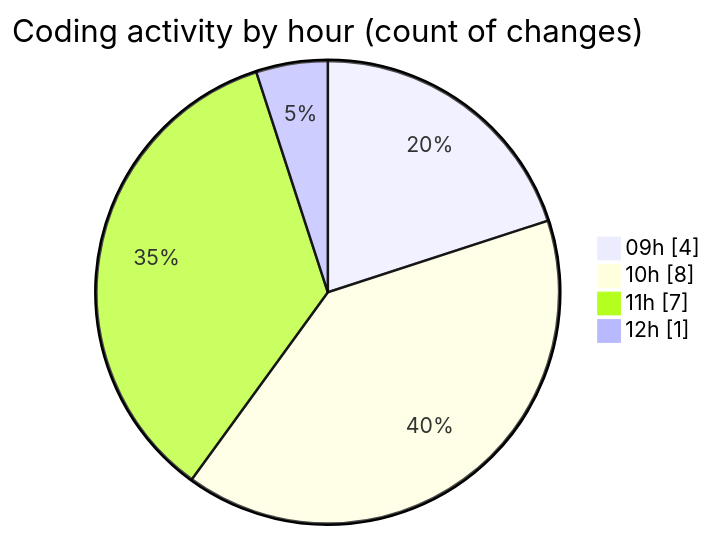
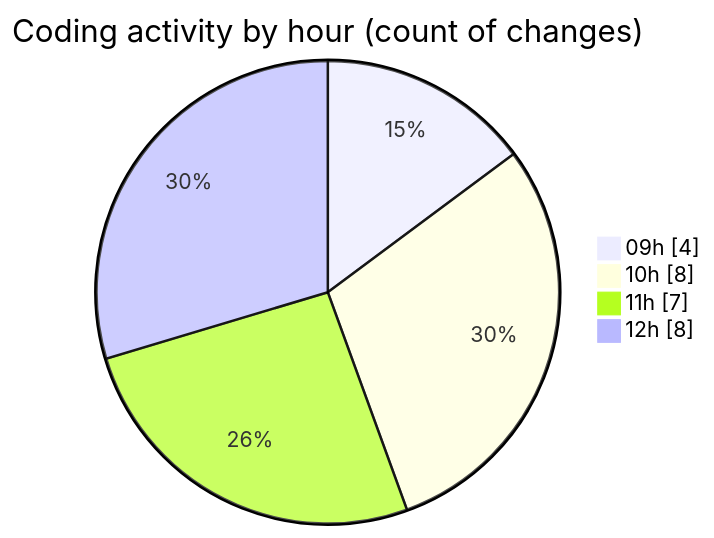
One commit to momahboobian/code-tracking changed the second of 2 diagrams in 2026-08-03/cda/README.md. Above: the diagram before and after it, drawn with Mermaid. The commit also changed other lines of this file and 1 other file, not shown here.

````diff
--- a/2026-08-03/cda/README.md
+++ b/2026-08-03/cda/README.md
@@ -39,8 +39,8 @@
 ```mermaid
 pie showData
 title Coding activity by hour (count of changes)
 "09h" : 4
 "10h" : 8
 "11h" : 7
-"12h" : 1
+"12h" : 8
 ```
````
